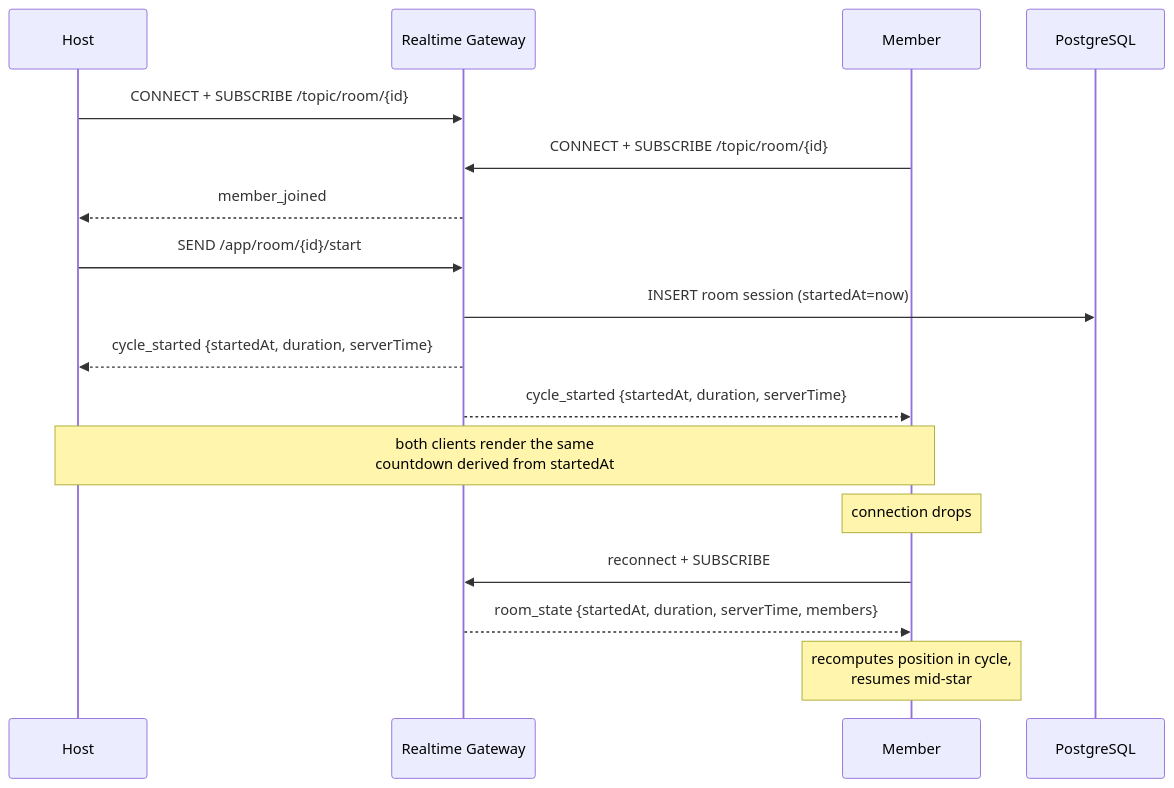
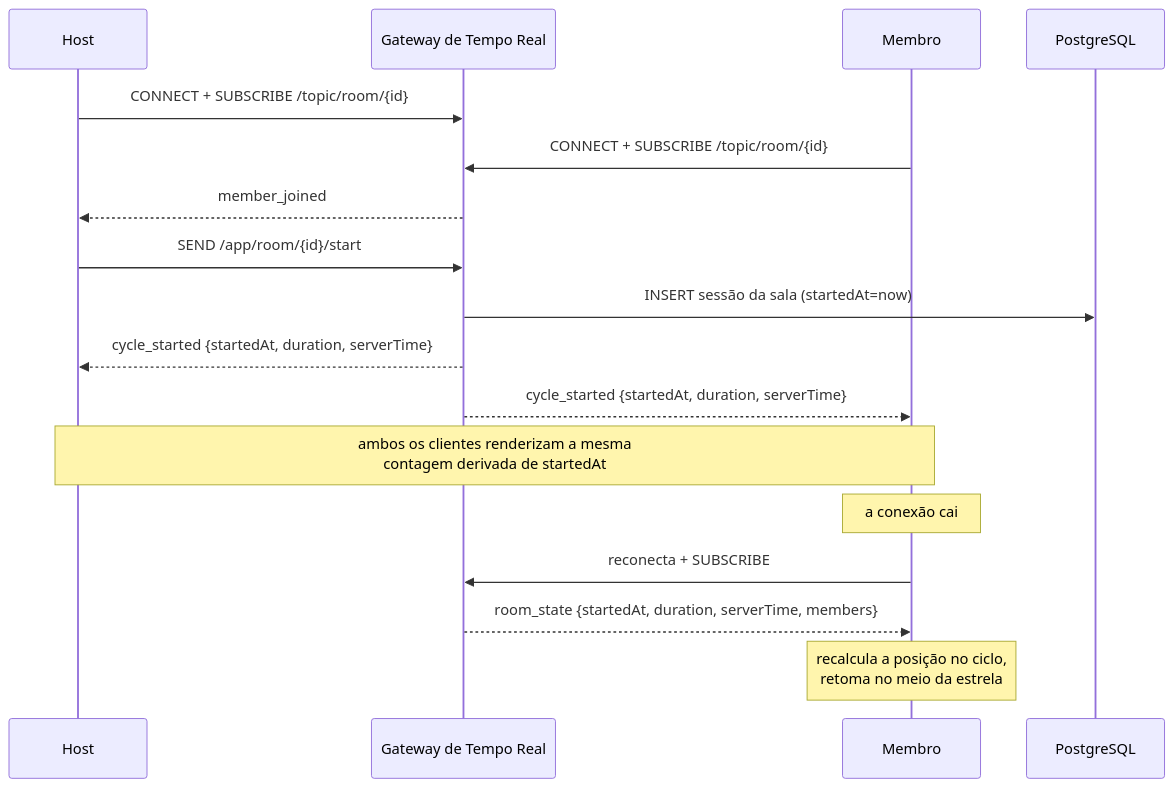
One commit to muliroZ/StarlightTimer changed the fifth of 5 diagrams in docs/02-architecture.md. Above: the diagram before and after it, drawn with Mermaid. The commit also changed other lines of this file and 6 other files, not shown here.

````diff
--- a/docs/02-architecture.md
+++ b/docs/02-architecture.md
@@ -250,20 +250,20 @@
 ```mermaid
 sequenceDiagram
     participant H as Host
-    participant G as Realtime Gateway
-    participant M as Member
+    participant G as Gateway de Tempo Real
+    participant M as Membro
     participant D as PostgreSQL
 
     H->>G: CONNECT + SUBSCRIBE /topic/room/{id}
     M->>G: CONNECT + SUBSCRIBE /topic/room/{id}
     G-->>H: member_joined
     H->>G: SEND /app/room/{id}/start
-    G->>D: INSERT room session (startedAt=now)
+    G->>D: INSERT sessão da sala (startedAt=now)
     G-->>H: cycle_started {startedAt, duration, serverTime}
     G-->>M: cycle_started {startedAt, duration, serverTime}
-    Note over H,M: both clients render the same<br/>countdown derived from startedAt
-    Note over M: connection drops
-    M->>G: reconnect + SUBSCRIBE
+    Note over H,M: ambos os clientes renderizam a mesma<br/>contagem derivada de startedAt
+    Note over M: a conexão cai
+    M->>G: reconecta + SUBSCRIBE
     G-->>M: room_state {startedAt, duration, serverTime, members}
-    Note over M: recomputes position in cycle,<br/>resumes mid-star
+    Note over M: recalcula a posição no ciclo,<br/>retoma no meio da estrela
 ```
````
